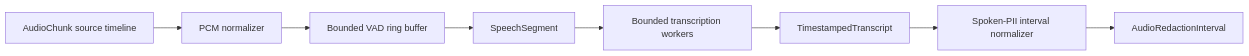
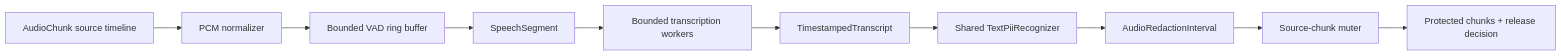
The third of 5 diagrams in docs/ARCHITECTURE.md (TikTokTechJam/Mock2025), drawn with Mermaid before and after one commit. The commit also changed other lines of this file and 15 other files, not shown here.

Commit message:
Integrate spoken PII into audio output path

````diff
--- a/docs/ARCHITECTURE.md
+++ b/docs/ARCHITECTURE.md
@@ -134,10 +134,12 @@
 ```mermaid
 flowchart LR
     A[AudioChunk source timeline] --> B[PCM normalizer]
     B --> C[Bounded VAD ring buffer]
     C --> D[SpeechSegment]
     D --> E[Bounded transcription workers]
     E --> F[TimestampedTranscript]
-    F --> G[Spoken-PII interval normalizer]
+    F --> G[Shared TextPiiRecognizer]
     G --> H[AudioRedactionInterval]
+    H --> I[Source-chunk muter]
+    I --> J[Protected chunks + release decision]
 ```
````
